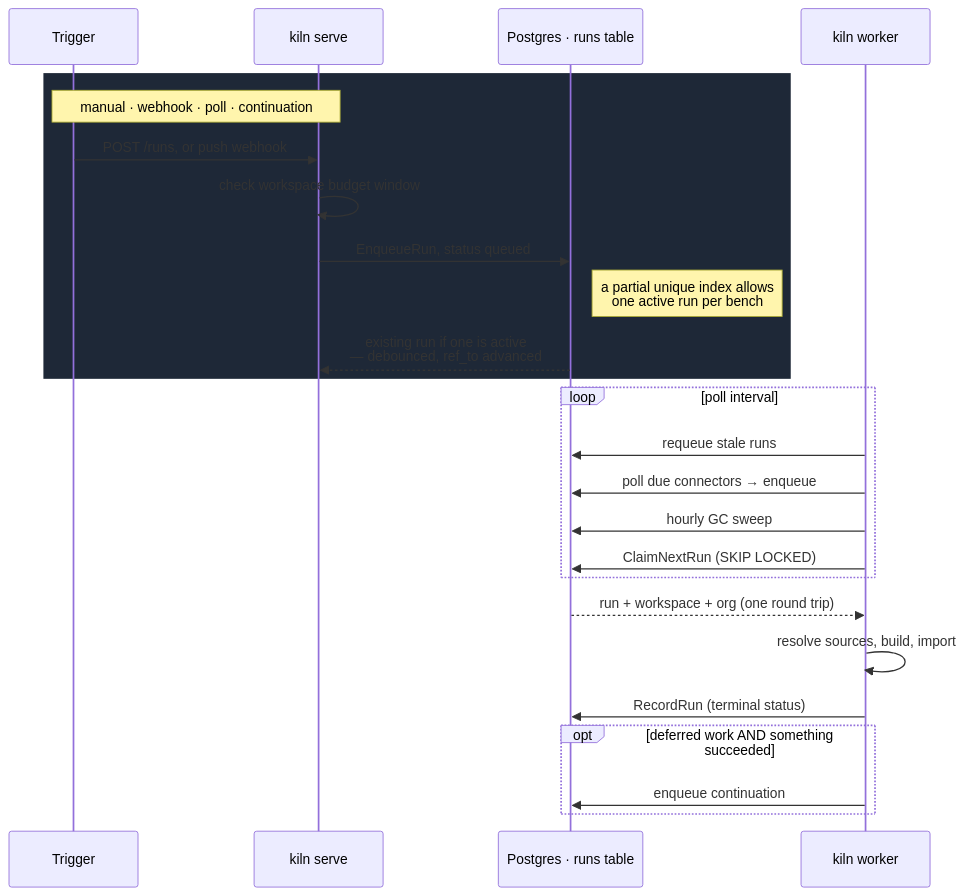
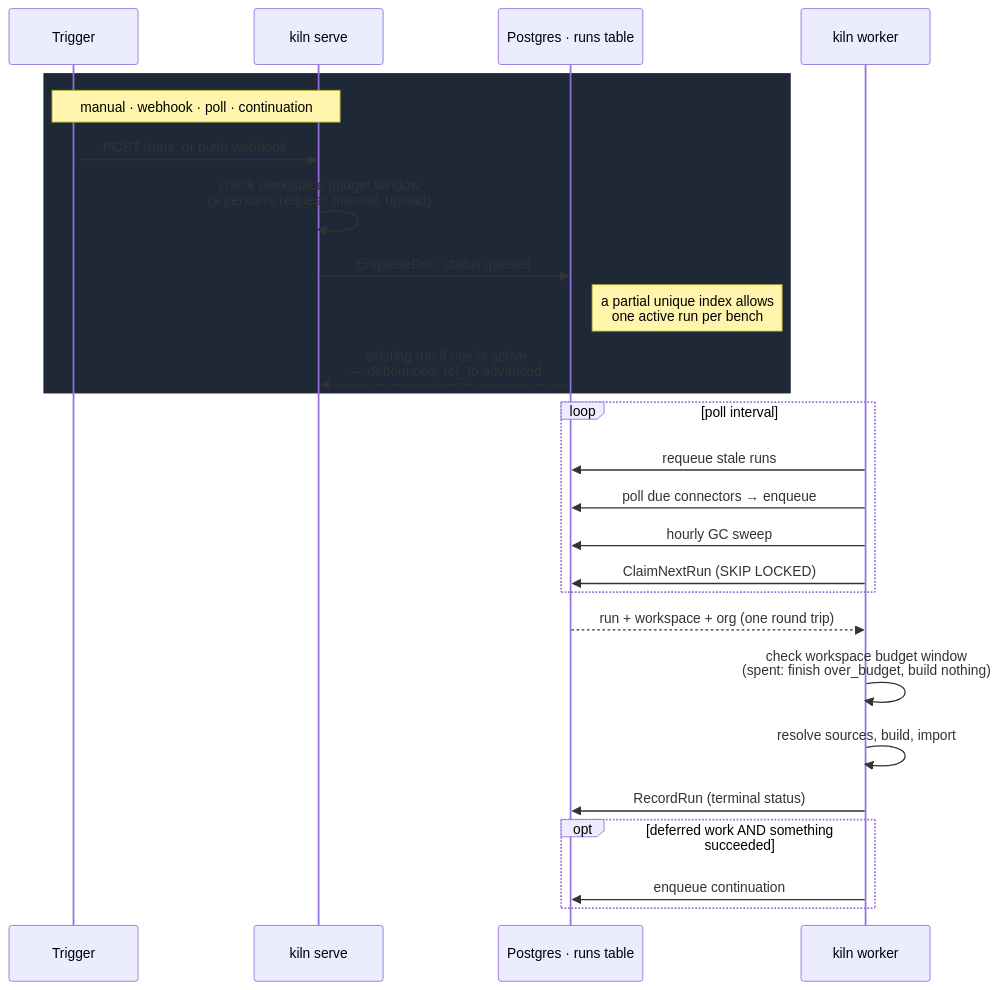
The fourth of 17 diagrams in docs/architecture.md (daiwa-zou/kiln), drawn with Mermaid before and after one commit. The commit also changed other lines of this file and 8 other files, not shown here.

````diff
--- a/docs/architecture.md
+++ b/docs/architecture.md
@@ -236,30 +236,31 @@
 ```mermaid
 sequenceDiagram
     participant T as Trigger
     participant API as kiln serve
     participant DB as Postgres · runs table
     participant W as kiln worker
 
     rect rgb(30,40,55)
     note over T,API: manual · webhook · poll · continuation
     T->>API: POST /runs, or push webhook
-    API->>API: check workspace budget window
+    API->>API: check workspace budget window<br/>(a person's request: manual, upload)
     API->>DB: EnqueueRun, status queued
     note right of DB: a partial unique index allows<br/>one active run per bench
     DB-->>API: existing run if one is active<br/>— debounced, ref_to advanced
     end
 
     loop poll interval
         W->>DB: requeue stale runs
         W->>DB: poll due connectors → enqueue
         W->>DB: hourly GC sweep
         W->>DB: ClaimNextRun (SKIP LOCKED)
     end
 
     DB-->>W: run + workspace + org (one round trip)
+    W->>W: check workspace budget window<br/>(spent: finish over_budget, build nothing)
     W->>W: resolve sources, build, import
     W->>DB: RecordRun (terminal status)
     opt deferred work AND something succeeded
         W->>DB: enqueue continuation
     end
 ```
````
